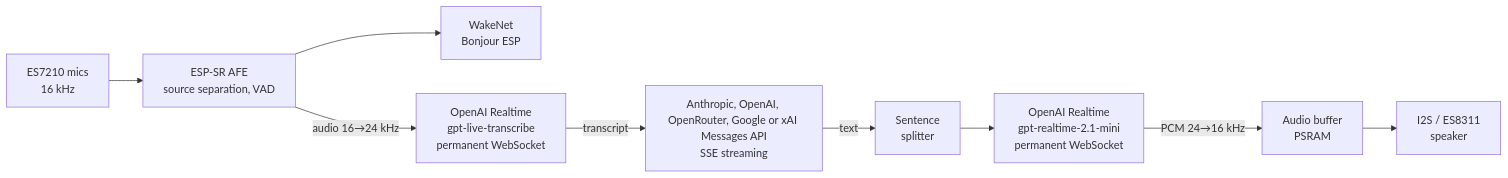
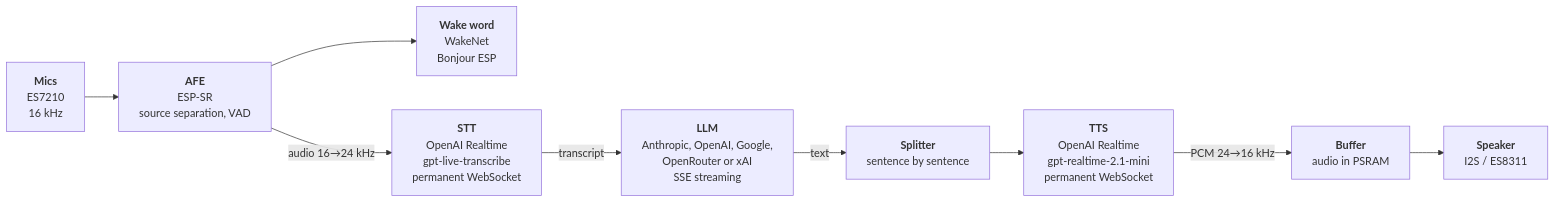
The diagram in README.md (vletroye/ESP32-S3-Voice-Assistant), drawn with Mermaid before and after one commit. The commit also changed 1 other file, not shown here.

Commit message:
Reply: the question always scrolls horizontally; README: titled boxes in the architecture diagram

````diff
--- a/README.md
+++ b/README.md
@@ -84,11 +84,11 @@
 ```mermaid
 flowchart LR
-    MIC[ES7210 mics<br/>16 kHz] --> AFE[ESP-SR AFE<br/>source separation, VAD]
-    AFE --> WN[WakeNet<br/>Bonjour ESP]
-    AFE -->|audio 16→24 kHz| STT[OpenAI Realtime<br/>gpt-live-transcribe<br/>permanent WebSocket]
-    STT -->|transcript| LLM[Anthropic, OpenAI, OpenRouter, Google or xAI Messages API<br/>SSE streaming]
-    LLM -->|text| SPL[Sentence<br/>splitter]
-    SPL --> TTS[OpenAI Realtime<br/>gpt-realtime-2.1-mini<br/>permanent WebSocket]
-    TTS -->|PCM 24→16 kHz| BUF[Audio buffer<br/>PSRAM]
-    BUF --> SPK[I2S / ES8311<br/>speaker]
+    MIC["<b>Mics</b><br/>ES7210<br/>16 kHz"] --> AFE["<b>AFE</b><br/>ESP-SR<br/>source separation, VAD"]
+    AFE --> WN["<b>Wake word</b><br/>WakeNet<br/>Bonjour ESP"]
+    AFE -->|audio 16→24 kHz| STT["<b>STT</b><br/>OpenAI Realtime<br/>gpt-live-transcribe<br/>permanent WebSocket"]
+    STT -->|transcript| LLM["<b>LLM</b><br/>Anthropic, OpenAI, Google,<br/>OpenRouter or xAI<br/>SSE streaming"]
+    LLM -->|text| SPL["<b>Splitter</b><br/>sentence by sentence"]
+    SPL --> TTS["<b>TTS</b><br/>OpenAI Realtime<br/>gpt-realtime-2.1-mini<br/>permanent WebSocket"]
+    TTS -->|PCM 24→16 kHz| BUF["<b>Buffer</b><br/>audio in PSRAM"]
+    BUF --> SPK["<b>Speaker</b><br/>I2S / ES8311"]
 ```
````
